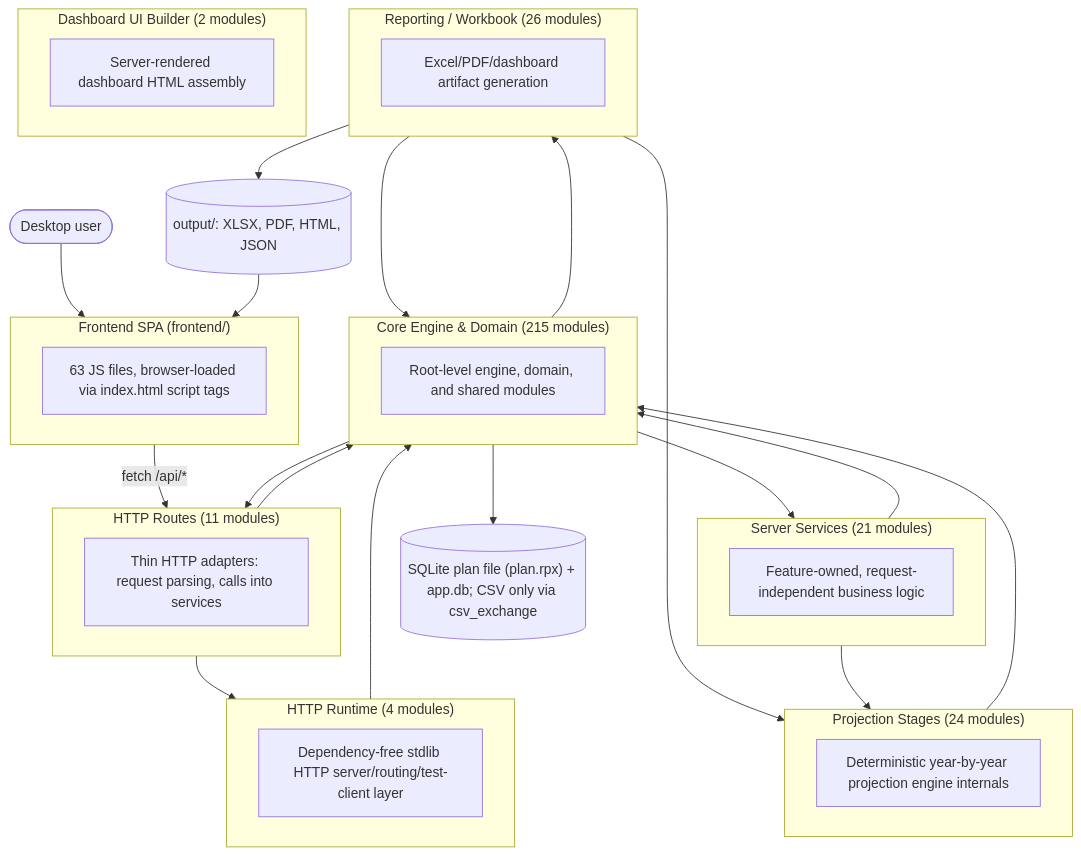
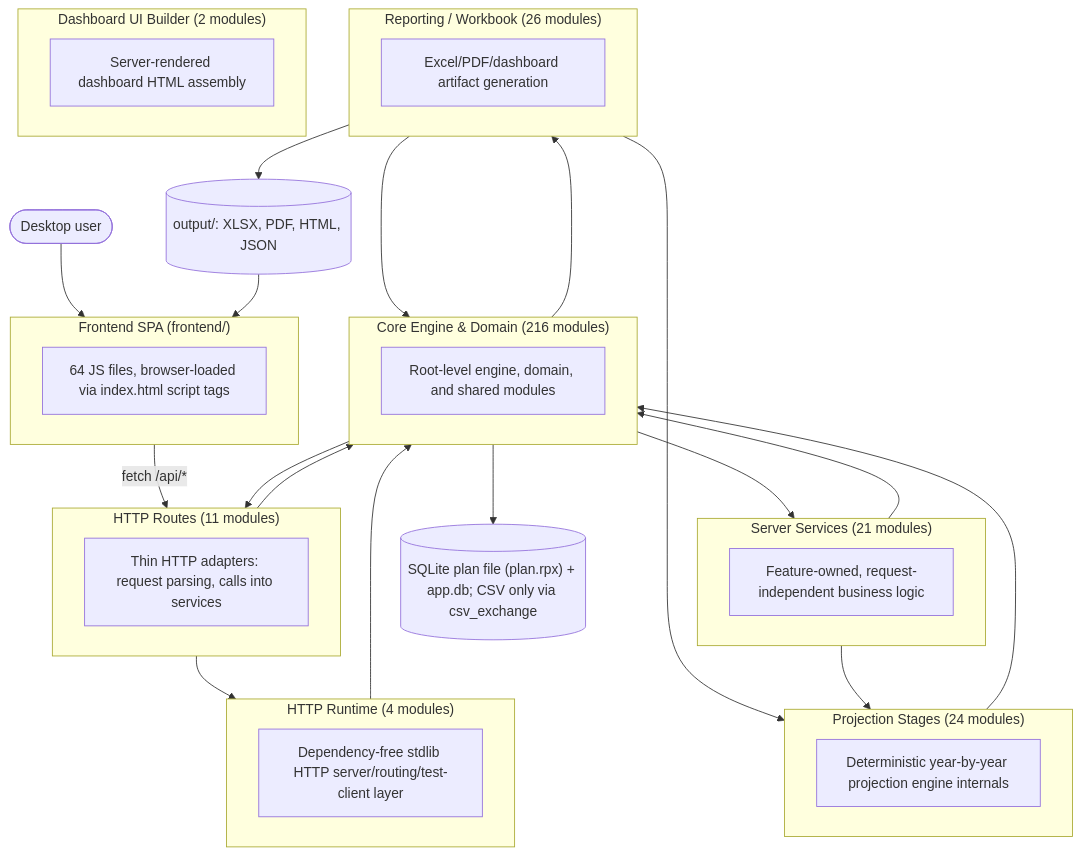
One commit to matthartzman/retirement_system changed the first of 2 diagrams in documentation/reference/SYSTEM_ARCHITECTURE_DIAGRAM.md. Above: the diagram before and after it, drawn with Mermaid. The commit also changed other lines of this file and 11 other files, not shown here.

````diff
--- a/documentation/reference/SYSTEM_ARCHITECTURE_DIAGRAM.md
+++ b/documentation/reference/SYSTEM_ARCHITECTURE_DIAGRAM.md
@@ -11,43 +11,43 @@
 ```mermaid
 flowchart TB
     User(["Desktop user"]) --> FE
     subgraph FE["Frontend SPA (frontend/)"]
-        FEcount["63 JS files, browser-loaded via index.html script tags"]
+        FEcount["64 JS files, browser-loaded via index.html script tags"]
     end
     FE -->|fetch /api/*| L_HTTP_Routes
     subgraph L_HTTP_Routes["HTTP Routes (11 modules)"]
         L_HTTP_Routes_d["Thin HTTP adapters: request parsing, calls into services"]
     end
     subgraph L_Server_Services["Server Services (21 modules)"]
         L_Server_Services_d["Feature-owned, request-independent business logic"]
     end
     subgraph L_HTTP_Runtime["HTTP Runtime (4 modules)"]
         L_HTTP_Runtime_d["Dependency-free stdlib HTTP server/routing/test-client layer"]
     end
-    subgraph L_Core_Engine___Domain["Core Engine & Domain (215 modules)"]
+    subgraph L_Core_Engine___Domain["Core Engine & Domain (216 modules)"]
         L_Core_Engine___Domain_d["Root-level engine, domain, and shared modules"]
     end
     subgraph L_Projection_Stages["Projection Stages (24 modules)"]
         L_Projection_Stages_d["Deterministic year-by-year projection engine internals"]
     end
     subgraph L_Reporting___Workbook["Reporting / Workbook (26 modules)"]
         L_Reporting___Workbook_d["Excel/PDF/dashboard artifact generation"]
     end
     subgraph L_Dashboard_UI_Builder["Dashboard UI Builder (2 modules)"]
         L_Dashboard_UI_Builder_d["Server-rendered dashboard HTML assembly"]
     end
     L_Core_Engine___Domain --> L_HTTP_Routes
     L_Core_Engine___Domain --> L_Reporting___Workbook
     L_Core_Engine___Domain --> L_Server_Services
     L_HTTP_Routes --> L_Core_Engine___Domain
     L_HTTP_Routes --> L_HTTP_Runtime
     L_HTTP_Runtime --> L_Core_Engine___Domain
     L_Projection_Stages --> L_Core_Engine___Domain
     L_Reporting___Workbook --> L_Core_Engine___Domain
     L_Reporting___Workbook --> L_Projection_Stages
     L_Server_Services --> L_Core_Engine___Domain
     L_Server_Services --> L_Projection_Stages
     L_Core_Engine___Domain --> DB[("SQLite plan file (plan.rpx) + app.db; CSV only via csv_exchange")]
     L_Reporting___Workbook --> Outputs[("output/: XLSX, PDF, HTML, JSON")]
     Outputs --> FE
 ```
````
